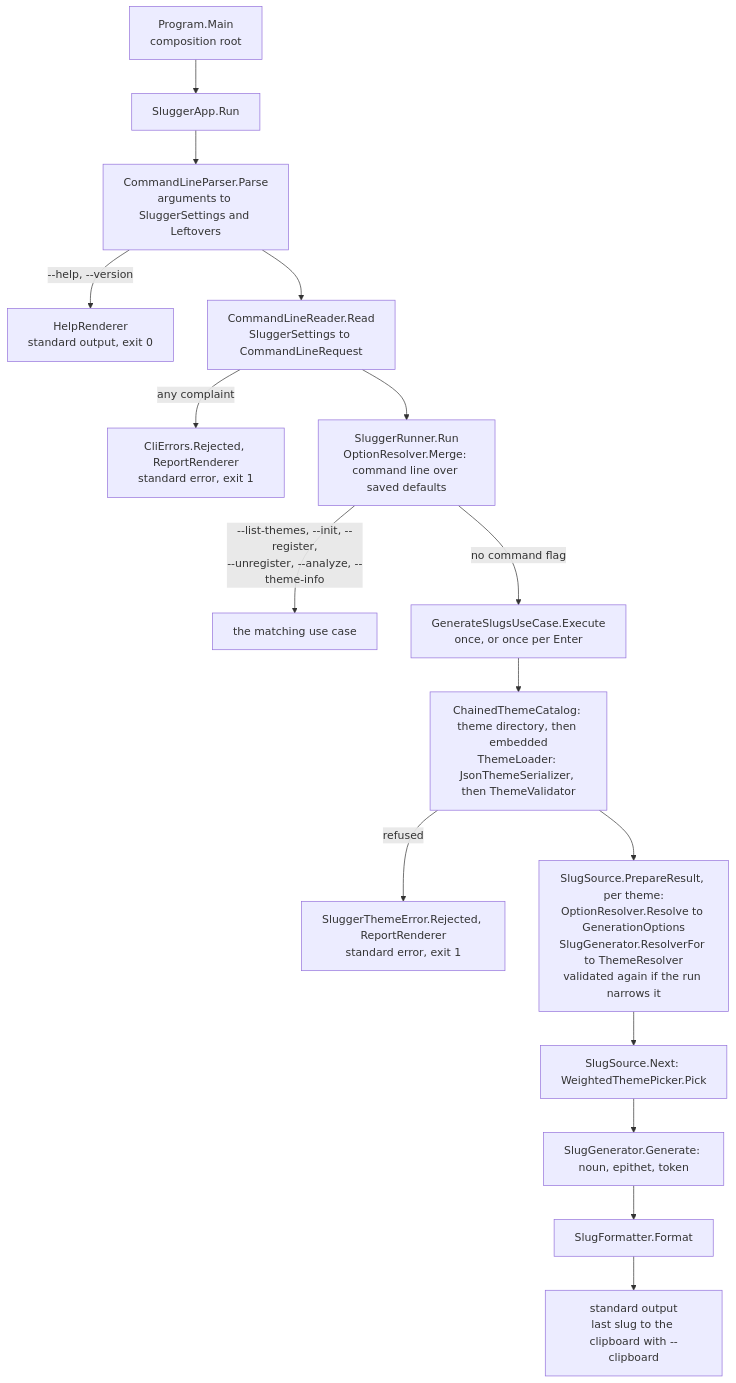
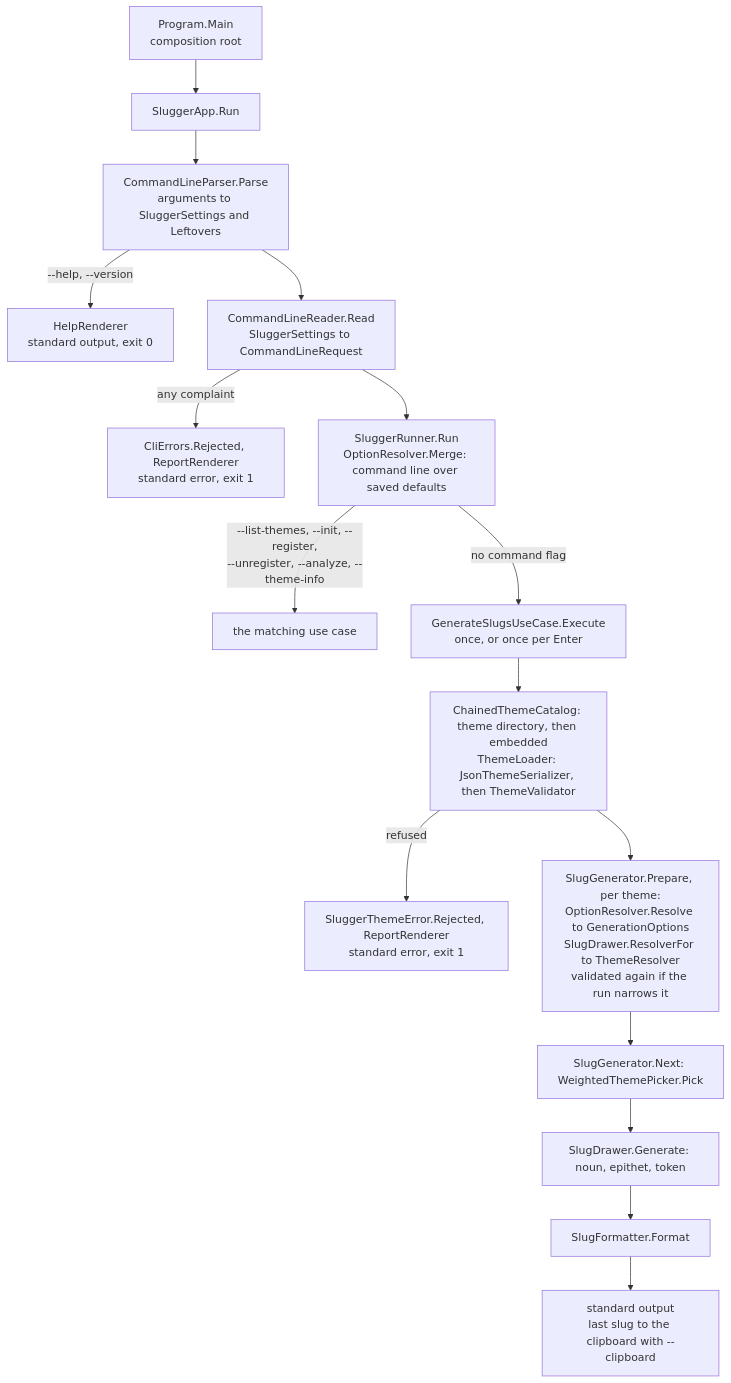
Before and after one commit to Reefact/slugger: the diagram in docs/architecture.md, drawn with Mermaid. The commit also changed other lines of this file and 148 other files, not shown here.

First line of the commit message:
feat(lib)!: one public API of two namespaces, SluggerTheme and SlugGenerator

````diff
--- a/docs/architecture.md
+++ b/docs/architecture.md
@@ -104,18 +109,18 @@
 ```mermaid
 flowchart TD
     main["Program.Main<br/>composition root"] --> app["SluggerApp.Run"]
     app --> parser["CommandLineParser.Parse<br/>arguments to SluggerSettings and Leftovers"]
     parser -->|"--help, --version"| answered["HelpRenderer<br/>standard output, exit 0"]
     parser --> reader["CommandLineReader.Read<br/>SluggerSettings to CommandLineRequest"]
     reader -->|"any complaint"| refused["CliErrors.Rejected, ReportRenderer<br/>standard error, exit 1"]
     reader --> runner["SluggerRunner.Run<br/>OptionResolver.Merge: command line over saved defaults"]
     runner -->|"--list-themes, --init, --register,<br/>--unregister, --analyze, --theme-info"| other["the matching use case"]
     runner -->|"no command flag"| generate["GenerateSlugsUseCase.Execute<br/>once, or once per Enter"]
     generate --> load["ChainedThemeCatalog: theme directory, then embedded<br/>ThemeLoader: JsonThemeSerializer, then ThemeValidator"]
     load -->|"refused"| themeRefused["SluggerThemeError.Rejected, ReportRenderer<br/>standard error, exit 1"]
-    load --> prepare["SlugSource.PrepareResult, per theme:<br/>OptionResolver.Resolve to GenerationOptions<br/>SlugGenerator.ResolverFor to ThemeResolver<br/>validated again if the run narrows it"]
-    prepare --> pick["SlugSource.Next: WeightedThemePicker.Pick"]
-    pick --> draw["SlugGenerator.Generate: noun, epithet, token"]
+    load --> prepare["SlugGenerator.Prepare, per theme:<br/>OptionResolver.Resolve to GenerationOptions<br/>SlugDrawer.ResolverFor to ThemeResolver<br/>validated again if the run narrows it"]
+    prepare --> pick["SlugGenerator.Next: WeightedThemePicker.Pick"]
+    pick --> draw["SlugDrawer.Generate: noun, epithet, token"]
     draw --> format["SlugFormatter.Format"]
     format --> out["standard output<br/>last slug to the clipboard with --clipboard"]
 ```
````
